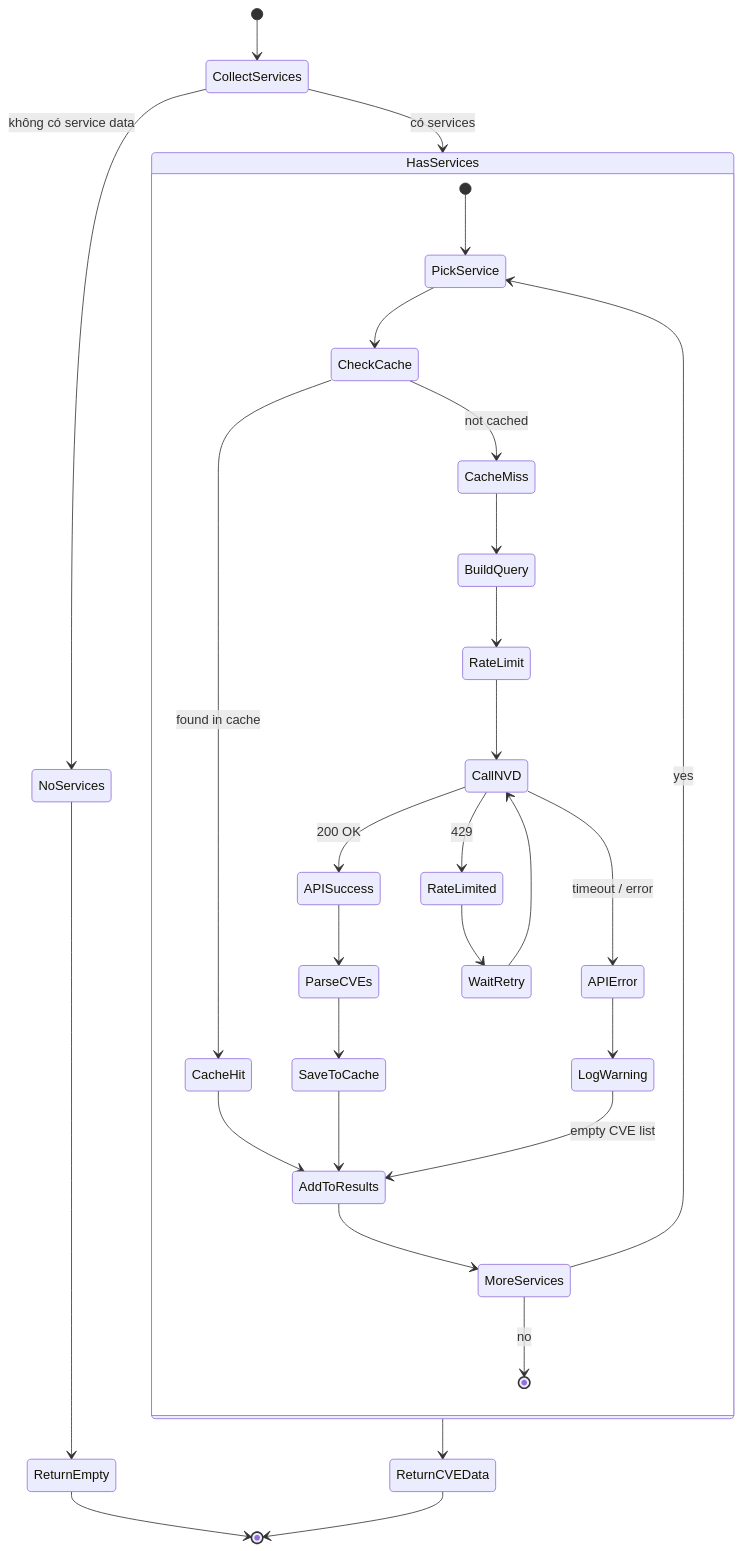
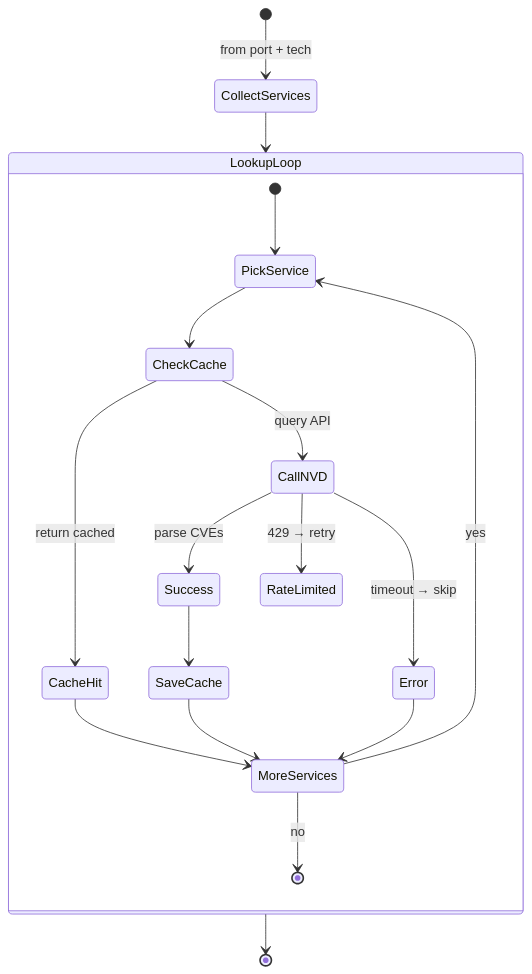
The ninth of 12 diagrams in state_machines.md (minhnnptit/reconrisk), drawn with Mermaid before and after one commit. The commit also changed other lines of this file and 9 other files, not shown here.

````diff
--- a/state_machines.md
+++ b/state_machines.md
@@ -215,43 +309,23 @@
 ```mermaid
 stateDiagram-v2
-    [*] --> CollectServices
-    CollectServices --> NoServices : không có service data
-    CollectServices --> HasServices : có services
+    [*] --> CollectServices : from port + tech
 
-    NoServices --> ReturnEmpty
-    ReturnEmpty --> [*]
-
-    state HasServices {
+    state LookupLoop {
         [*] --> PickService
         PickService --> CheckCache
-        CheckCache --> CacheHit : found in cache
-        CheckCache --> CacheMiss : not cached
-
-        CacheHit --> AddToResults
-
-        CacheMiss --> BuildQuery
-        BuildQuery --> RateLimit
-        RateLimit --> CallNVD
-
-        CallNVD --> APISuccess : 200 OK
-        CallNVD --> APIError : timeout / error
-        CallNVD --> RateLimited : 429
-
-        APISuccess --> ParseCVEs
-        ParseCVEs --> SaveToCache
-        SaveToCache --> AddToResults
-
-        APIError --> LogWarning
-        LogWarning --> AddToResults : empty CVE list
-
-        RateLimited --> WaitRetry
-        WaitRetry --> CallNVD
-
-        AddToResults --> MoreServices
+        CheckCache --> CacheHit : return cached
+        CheckCache --> CallNVD : query API
+        CallNVD --> Success : parse CVEs
+        CallNVD --> RateLimited : 429 → retry
+        CallNVD --> Error : timeout → skip
+        Success --> SaveCache
+        SaveCache --> MoreServices
+        CacheHit --> MoreServices
+        Error --> MoreServices
         MoreServices --> PickService : yes
         MoreServices --> [*] : no
     }
 
-    HasServices --> ReturnCVEData
-    ReturnCVEData --> [*]
+    CollectServices --> LookupLoop
+    LookupLoop --> [*]
 ```
````
